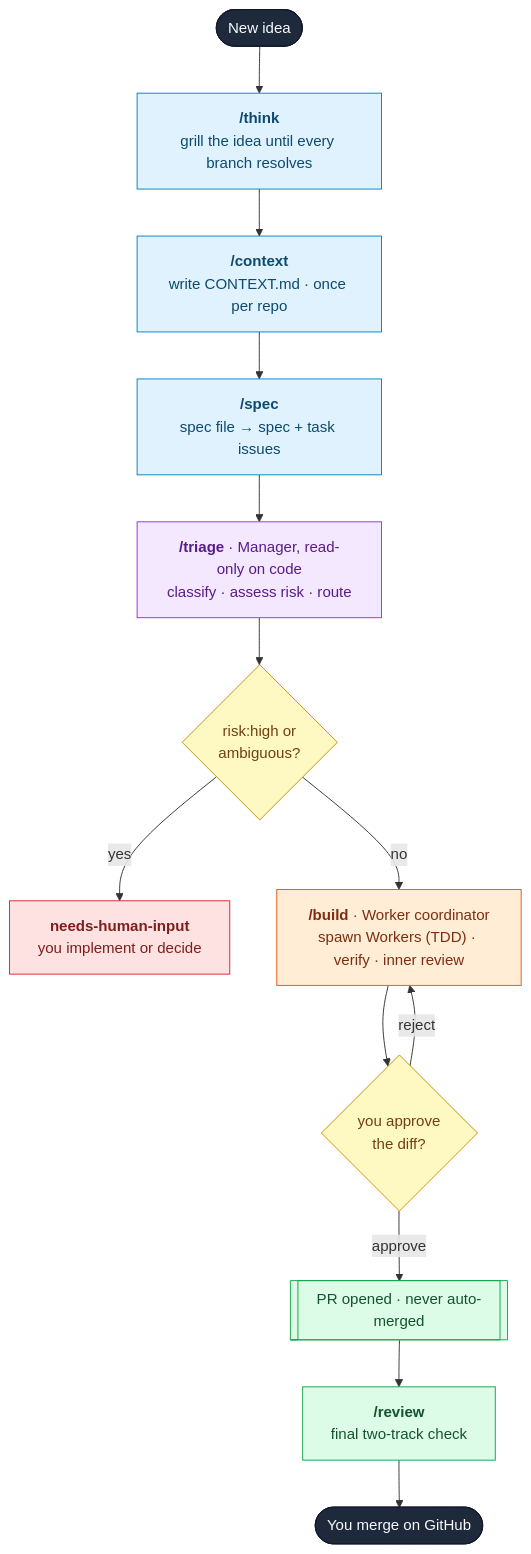
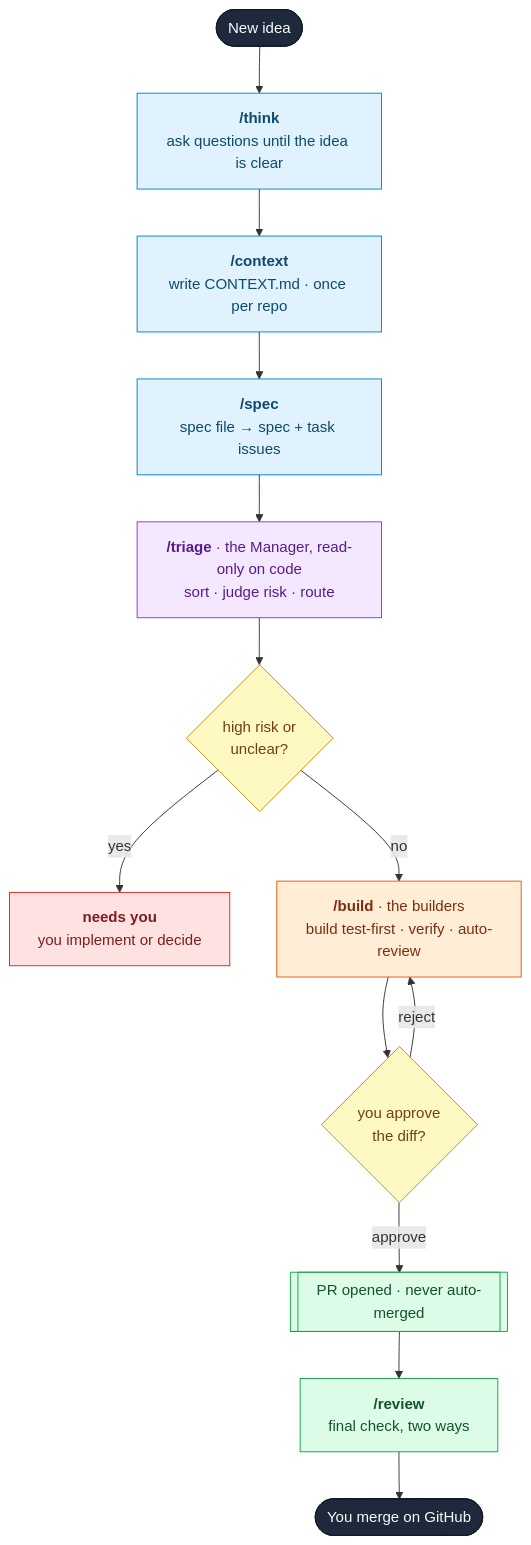
Before and after one commit to markstent/muster: the diagram in README.md, drawn with Mermaid. The commit also changed other lines of this file, not shown here.

````diff
--- a/README.md
+++ b/README.md
@@ -210,33 +210,33 @@
 ```mermaid
 flowchart TD
     idea([New idea]):::edge
 
-    think["<b>/think</b><br/>grill the idea until every branch resolves"]:::plan
+    think["<b>/think</b><br/>ask questions until the idea is clear"]:::plan
     context["<b>/context</b><br/>write CONTEXT.md · once per repo"]:::plan
     spec["<b>/spec</b><br/>spec file → spec + task issues"]:::plan
 
-    triage["<b>/triage</b> · Manager, read-only on code<br/>classify · assess risk · route"]:::manage
-    risk{"risk:high or<br/>ambiguous?"}:::decision
-    human["<b>needs-human-input</b><br/>you implement or decide"]:::stop
+    triage["<b>/triage</b> · the Manager, read-only on code<br/>sort · judge risk · route"]:::manage
+    risk{"high risk or<br/>unclear?"}:::decision
+    human["<b>needs you</b><br/>you implement or decide"]:::stop
 
-    build["<b>/build</b> · Worker coordinator<br/>spawn Workers (TDD) · verify · inner review"]:::execute
+    build["<b>/build</b> · the builders<br/>build test-first · verify · auto-review"]:::execute
     approve{"you approve<br/>the diff?"}:::decision
 
     pr[["PR opened · never auto-merged"]]:::ship
-    review["<b>/review</b><br/>final two-track check"]:::ship
+    review["<b>/review</b><br/>final check, two ways"]:::ship
     merge([You merge on GitHub]):::edge
 
     idea --> think --> context --> spec --> triage --> risk
     risk -->|yes| human
     risk -->|no| build --> approve
     approve -->|reject| build
     approve -->|approve| pr --> review --> merge
 
     classDef plan fill:#e0f2fe,stroke:#0284c7,color:#0c4a6e;
     classDef manage fill:#f3e8ff,stroke:#9333ea,color:#581c87;
     classDef execute fill:#ffedd5,stroke:#ea580c,color:#7c2d12;
     classDef decision fill:#fef9c3,stroke:#ca8a04,color:#713f12;
     classDef ship fill:#dcfce7,stroke:#16a34a,color:#14532d;
     classDef stop fill:#fee2e2,stroke:#dc2626,color:#7f1d1d;
     classDef edge fill:#1e293b,stroke:#0f172a,color:#f8fafc;
 ```
````
